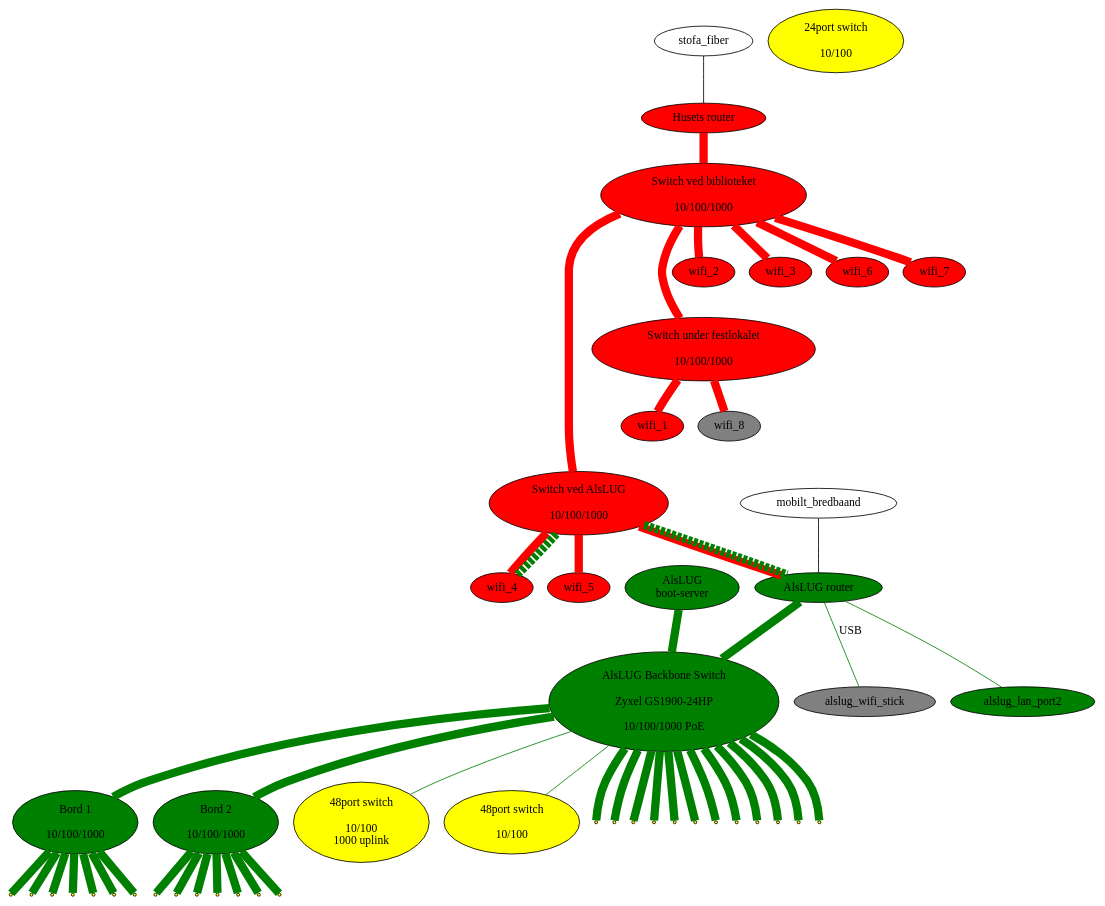
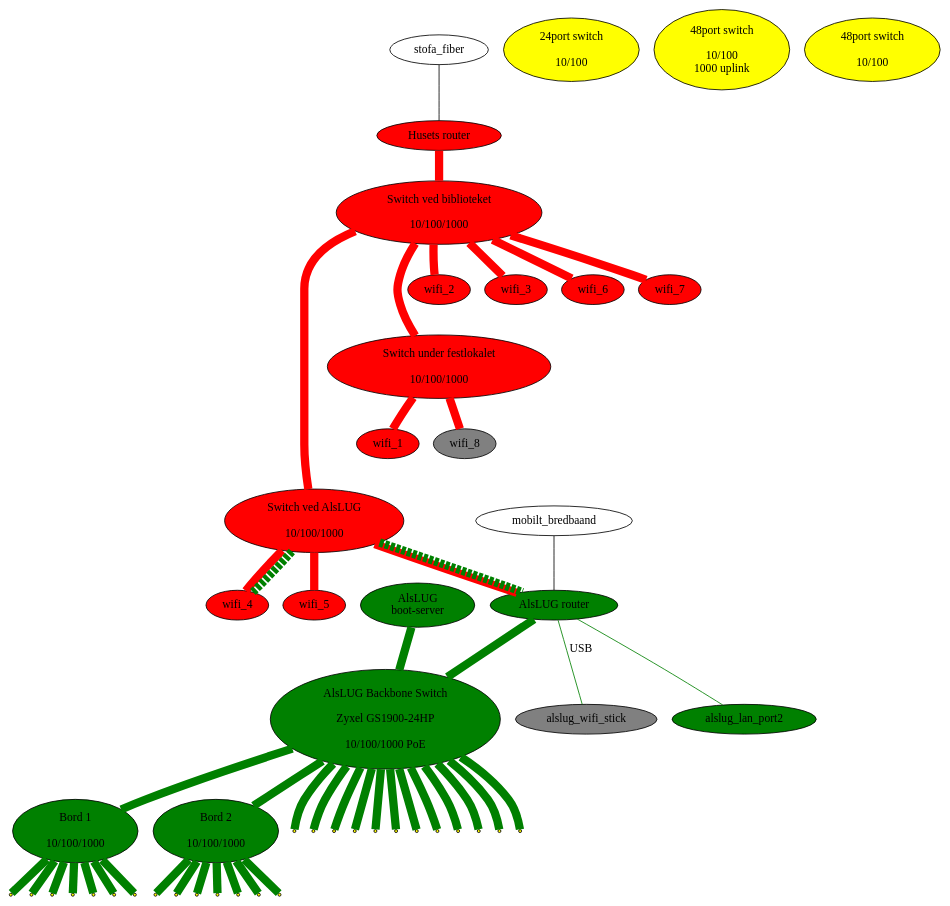
One commit to alslug/alslug.dk changed the diagram in projekter/network.dot. Above: the diagram before and after it, drawn with Graphviz.

```diff
--- a/projekter/network.dot
+++ b/projekter/network.dot
@@ -1,70 +1,69 @@
 digraph xxx {
 #  link_12a [ shape=point ];
 #  link_12b [ shape=point ];
 #  link_12c [ shape=point ];
   edge [ dir=none penwidth=10 ];
 
   node [ style=filled fillcolor=red ];
   husets_router [ label="Husets router" ];
   husets_switch_1 [ label="Switch ved biblioteket\n\n 10/100/1000" ];
   husets_switch_2 [ label="Switch ved AlsLUG\n\n 10/100/1000" ];
   festlokale_switch [ label="Switch under festlokalet\n\n 10/100/1000" ];
   wifi_1 wifi_2 wifi_3 wifi_4 wifi_5 wifi_6 wifi_7;
   wifi_8 [ fillcolor=gray ];
   
   node [ style=filled fillcolor=green ];
   alslug_router [ label="AlsLUG router" ];
   alslug_gl_bootserver [ label="AlsLUG\nboot-server" ];
   alslug_backbone_switch [ label="AlsLUG Backbone Switch\n\nZyxel GS1900-24HP\n\n10/100/1000 PoE"];
   bord_1 [ label="Bord 1\n\n10/100/1000"];
   bord_2 [ label="Bord 2\n\n10/100/1000"];
   alslug_wifi_stick alslug_lan_port2;
   
   // Udstyr som pt ikke bruges
   node [ style=filled fillcolor=yellow ];
   switch_24p      [ label="24port switch\n\n10/100"];
   switch_48p      [ label="48port switch\n\n10/100\n1000 uplink"];
   switch_48p_poe  [ label="48port switch\n\n10/100"];
   
   node [ style=normal ];
   // Internet forbindelser
   stofa_fiber      -> husets_router [ penwidth=1 fillcolor=black style=filled ];
   mobilt_bredbaand -> alslug_router [ penwidth=1 fillcolor=black style=filled ];
   
   // Husets forbindelser
   edge  [ color=red style=solid ];
   husets_router -> husets_switch_1 -> { wifi_2 wifi_3 wifi_6 wifi_7 };
   husets_switch_1 -> husets_switch_2 -> { wifi_4 wifi_5 alslug_router};
   husets_switch_1 -> festlokale_switch -> { wifi_1 wifi_8 };
 
   // VLAN forbindelser over bakkensbros netværk
   edge  [ color=green style=dashed ];
   husets_switch_2 -> { alslug_router wifi_4 };
 
   alslug_wifi_stick [ fillcolor=gray style=filled ];
 
   // Interne forbindelser
   edge [ color=green style=solid ];
   node [ shape=point ];
   {alslug_router alslug_gl_bootserver} -> alslug_backbone_switch -> { bord_1 bord_2 
                   vindue_left_12  vindue_left_11  vindue_left_10  vindue_left_9
                   vindue_center_8 vindue_center_7 vindue_center_6 vindue_center_5
                   vindue_right_4  vindue_right_3  vindue_right_2  vindue_right_1
                   }
  
   alslug_router -> alslug_wifi_stick [ penwidth=1 label="USB" ];
   alslug_router -> alslug_lan_port2 [ penwidth=1 ];
-  alslug_backbone_switch -> {switch_48p_poe switch_48p} [ penwidth=1 ];
   
   bord_1 -> {
                   bord_1_1 bord_1_2 bord_1_3 bord_1_4
                   bord_1_5 bord_1_6 bord_1_7
                 };
   bord_2 -> {
                   bord_2_1 bord_2_2 bord_2_3 bord_2_4
                   bord_2_5 bord_2_6 bord_2_7
                 };
                 
   edge [ color=invis ];
   husets_switch_1 -> wifi_2 -> festlokale_switch -> wifi_1 -> husets_switch_2;
 }
```
